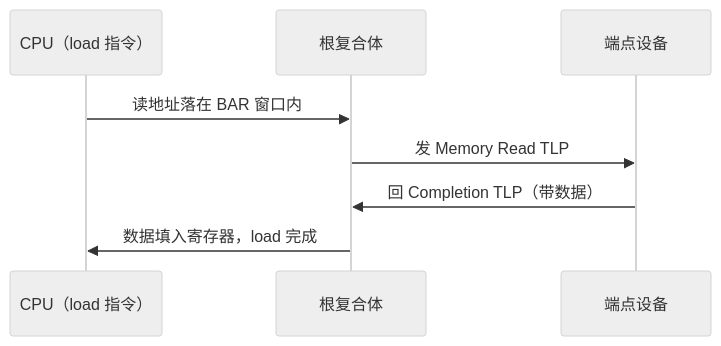
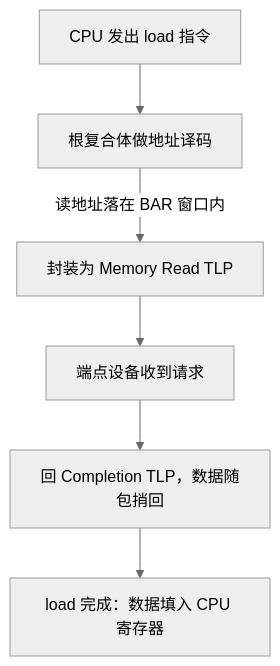
Before and after one commit to xhongduo-tech/xhongduo-tech.github.io: the second of 2 diagrams in docs/cs/pcie-tlp-bar.md, drawn with Mermaid (neutral theme). The commit also changed 24 other files, not shown here.

Commit message:
Enhance more cs articles with second diagrams and beginner marginnotes.

````diff
--- a/docs/cs/pcie-tlp-bar.md
+++ b/docs/cs/pcie-tlp-bar.md
@@ -48,10 +48,8 @@
 ```mermaid
-sequenceDiagram
-  participant C as CPU（load 指令）
-  participant R as 根复合体
-  participant E as 端点设备
-  C->>R: 读地址落在 BAR 窗口内
-  R->>E: 发 Memory Read TLP
-  E->>R: 回 Completion TLP（带数据）
-  R->>C: 数据填入寄存器，load 完成
+flowchart TD
+  C["CPU 发出 load 指令"] --> R["根复合体做地址译码"]
+  R -->|"读地址落在 BAR 窗口内"| TLP["封装为 Memory Read TLP"]
+  TLP --> E["端点设备收到请求"]
+  E --> CMP["回 Completion TLP，数据随包捎回"]
+  CMP --> C2["load 完成：数据填入 CPU 寄存器"]
 ```
````
